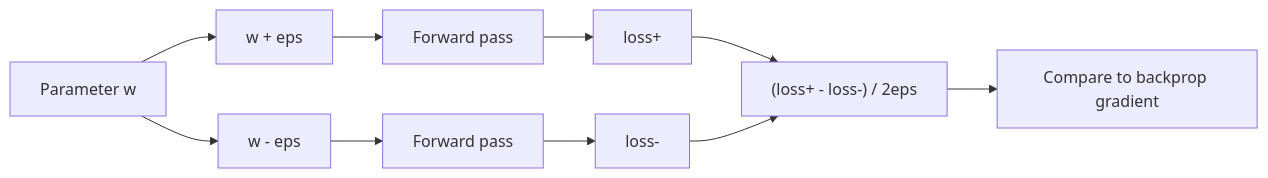
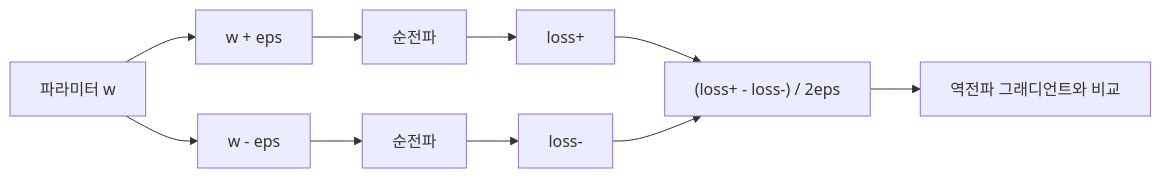
Before and after one commit to ChoBazzi/ai-engineering-from-scratch: the second of 5 diagrams in phases/03-deep-learning-core/13-debugging-neural-networks/docs/en.md, drawn with Mermaid. The commit also changed other lines of this file and 868 other files, not shown here.

````diff
--- a/phases/03-deep-learning-core/13-debugging-neural-networks/docs/en.md
+++ b/phases/03-deep-learning-core/13-debugging-neural-networks/docs/en.md
@@ -105,12 +105,12 @@
 ```mermaid
 flowchart LR
-    A["Parameter w"] --> B["w + eps"]
+    A["파라미터 w"] --> B["w + eps"]
     A --> C["w - eps"]
-    B --> D["Forward pass"]
-    C --> E["Forward pass"]
+    B --> D["순전파"]
+    C --> E["순전파"]
     D --> F["loss+"]
     E --> G["loss-"]
     F --> H["(loss+ - loss-) / 2eps"]
     G --> H
-    H --> I["Compare to backprop gradient"]
+    H --> I["역전파 그래디언트와 비교"]
 ```
````
